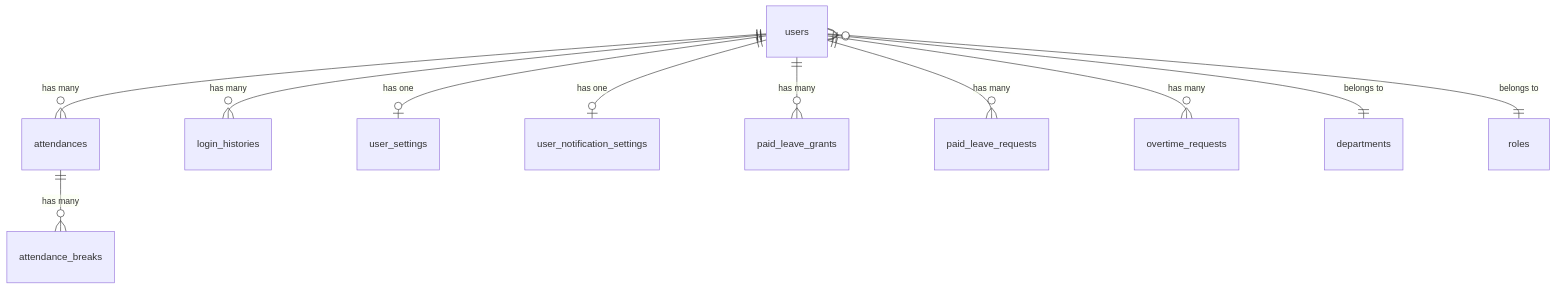
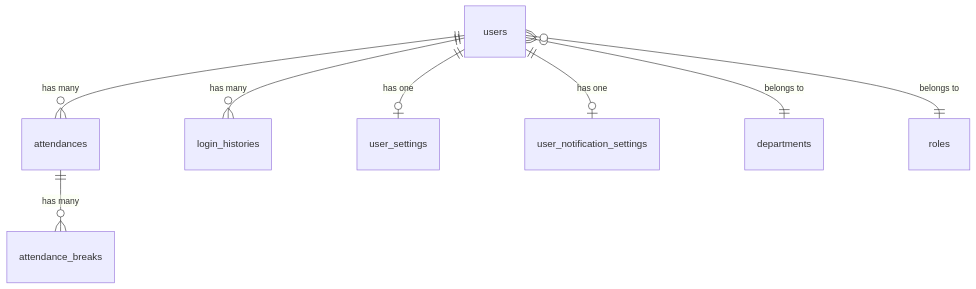
The diagram in docs/dev/eloquent-model-design.md (miyazakisora111/time-attendance), drawn with Mermaid before and after one commit. The commit also changed other lines of this file and 118 other files, not shown here.

````diff
--- a/docs/dev/eloquent-model-design.md
+++ b/docs/dev/eloquent-model-design.md
@@ -9,13 +9,10 @@
 ```mermaid
 erDiagram
     users ||--o{ attendances : "has many"
     users ||--o{ login_histories : "has many"
     users ||--o| user_settings : "has one"
     users ||--o| user_notification_settings : "has one"
-    users ||--o{ paid_leave_grants : "has many"
-    users ||--o{ paid_leave_requests : "has many"
-    users ||--o{ overtime_requests : "has many"
     users }o--|| departments : "belongs to"
     users }o--|| roles : "belongs to"
     attendances ||--o{ attendance_breaks : "has many"
 ```
````
